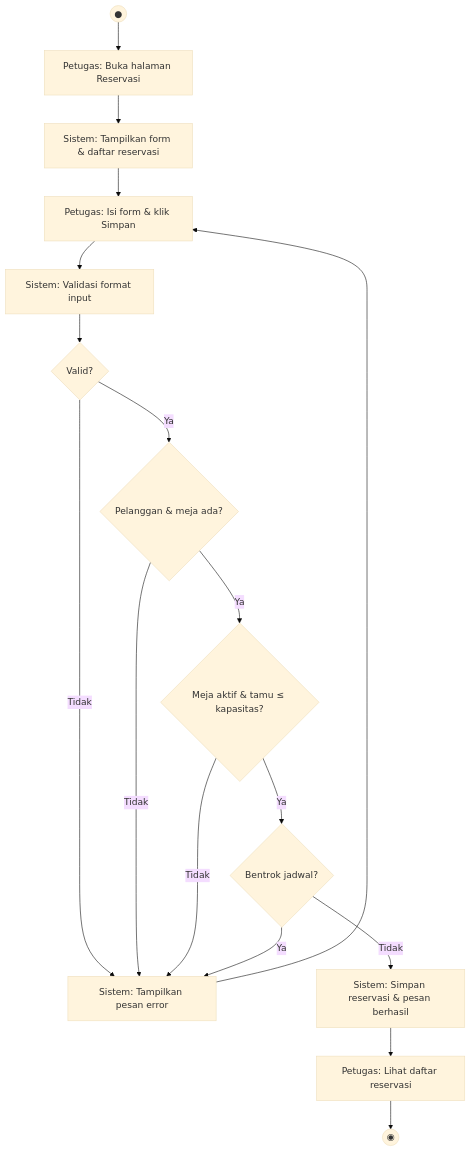
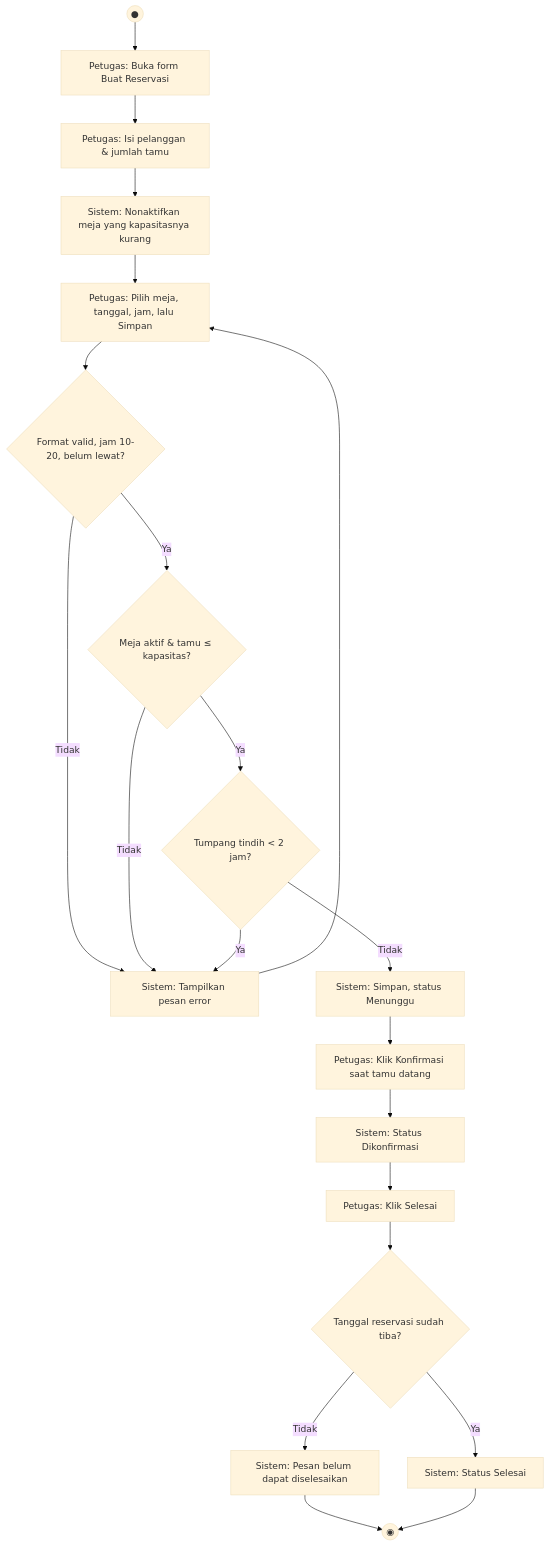
One commit to Fuentes771/LSP-Programming changed the second of 8 diagrams in docs/PANDUAN-PEMBUATAN-DOCX.md. Above: the diagram before and after it, drawn with Mermaid (base theme). The commit also changed other lines of this file and 25 other files, not shown here.

````diff
--- a/docs/PANDUAN-PEMBUATAN-DOCX.md
+++ b/docs/PANDUAN-PEMBUATAN-DOCX.md
@@ -583,19 +654,21 @@
 ```mermaid
 flowchart TD
-    start((●)) --> a1[Petugas: Buka halaman Reservasi]
-    a1 --> s1[Sistem: Tampilkan form & daftar reservasi]
-    s1 --> a2[Petugas: Isi form & klik Simpan]
-    a2 --> s2[Sistem: Validasi format input]
-    s2 --> d1{Valid?}
+    start((●)) --> a1[Petugas: Buka form Buat Reservasi]
+    a1 --> a2[Petugas: Isi pelanggan & jumlah tamu]
+    a2 --> s0[Sistem: Nonaktifkan meja yang kapasitasnya kurang]
+    s0 --> a3[Petugas: Pilih meja, tanggal, jam, lalu Simpan]
+    a3 --> d1{Format valid, jam 10-20, belum lewat?}
     d1 -- Tidak --> err[Sistem: Tampilkan pesan error]
-    d1 -- Ya --> d2{Pelanggan & meja ada?}
+    d1 -- Ya --> d2{Meja aktif & tamu ≤ kapasitas?}
     d2 -- Tidak --> err
-    d2 -- Ya --> d3{Meja aktif & tamu ≤ kapasitas?}
-    d3 -- Tidak --> err
-    d3 -- Ya --> d4{Bentrok jadwal?}
-    d4 -- Ya --> err
-    d4 -- Tidak --> s3[Sistem: Simpan reservasi & pesan berhasil]
-    err --> a2
-    s3 --> a3[Petugas: Lihat daftar reservasi]
-    a3 --> stop((◉))
+    d2 -- Ya --> d3{Tumpang tindih < 2 jam?}
+    d3 -- Ya --> err
+    d3 -- Tidak --> s1[Sistem: Simpan, status Menunggu]
+    err --> a3
+    s1 --> a4[Petugas: Klik Konfirmasi saat tamu datang]
+    a4 --> s2[Sistem: Status Dikonfirmasi]
+    s2 --> a5[Petugas: Klik Selesai]
+    a5 --> d4{Tanggal reservasi sudah tiba?}
+    d4 -- Tidak --> e2[Sistem: Pesan belum dapat diselesaikan] --> stop((◉))
+    d4 -- Ya --> s3[Sistem: Status Selesai] --> stop
 ```
````
